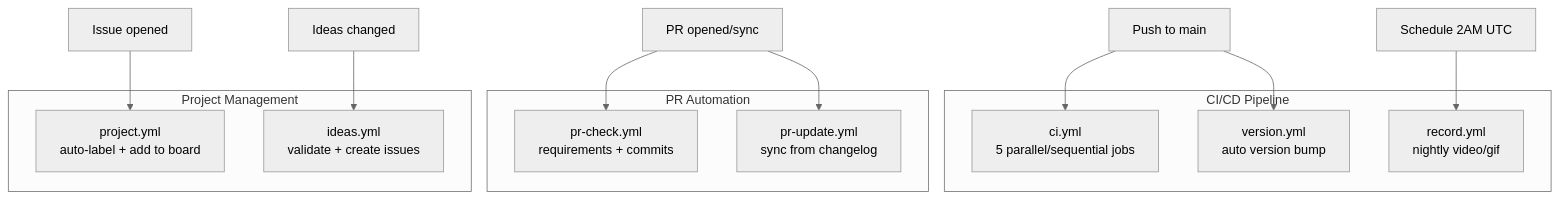
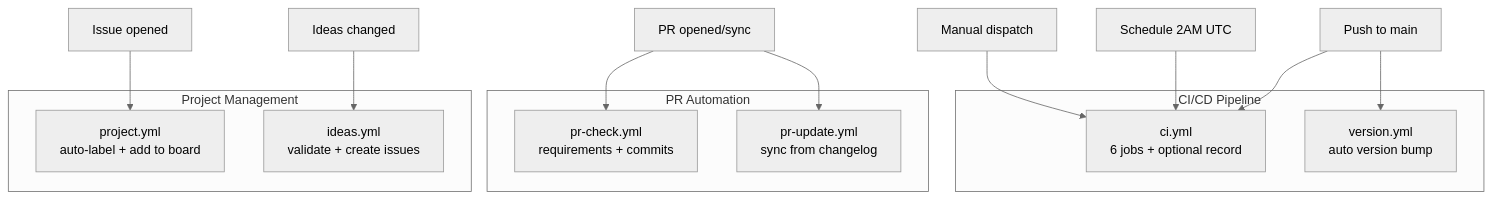
The first of 7 diagrams in guides/CI-STRATEGY.md (louis-pvs/plaincraft), drawn with Mermaid (neutral theme) before and after one commit. The commit also changed other lines of this file and 5 other files, not shown here.

````diff
--- a/guides/CI-STRATEGY.md
+++ b/guides/CI-STRATEGY.md
@@ -9,26 +9,26 @@
 ```mermaid
 graph TB
     subgraph CI/CD Pipeline
-        A[ci.yml<br/>5 parallel/sequential jobs]
+        A[ci.yml<br/>6 jobs + optional record]
         B[version.yml<br/>auto version bump]
-        C[record.yml<br/>nightly video/gif]
     end
 
     subgraph PR Automation
         D[pr-check.yml<br/>requirements + commits]
         E[pr-update.yml<br/>sync from changelog]
     end
 
     subgraph Project Management
         F[project.yml<br/>auto-label + add to board]
         G[ideas.yml<br/>validate + create issues]
     end
 
     H[Push to main] --> A
     H --> B
     I[PR opened/sync] --> D
     I --> E
     J[Issue opened] --> F
     K[Ideas changed] --> G
-    L[Schedule 2AM UTC] --> C
+    L[Schedule 2AM UTC] --> A
+    M[Manual dispatch] --> A
 ```
````
